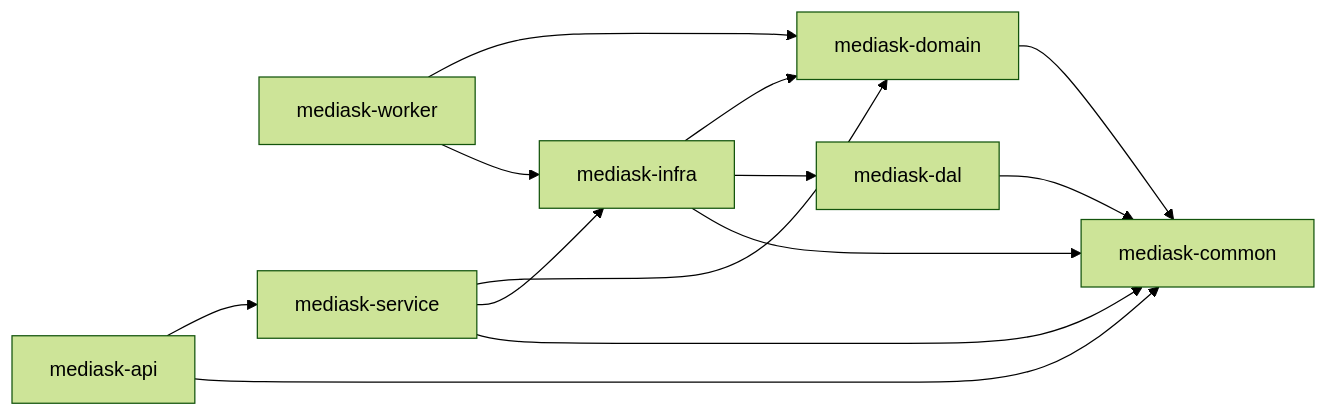
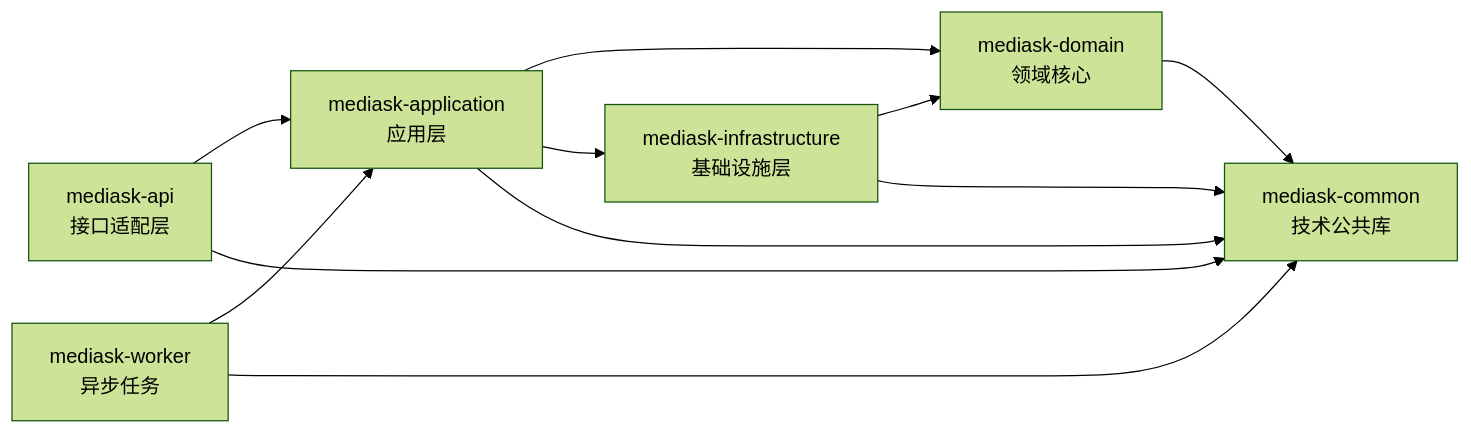
The first of 5 diagrams in docs/01-OVERVIEW.md (JianwenShaw/MediAskDocs), drawn with Mermaid (forest theme) before and after one commit. The commit also changed other lines of this file and 7 other files, not shown here.

````diff
--- a/docs/01-OVERVIEW.md
+++ b/docs/01-OVERVIEW.md
@@ -14,27 +141,24 @@
 ```mermaid
 flowchart LR
-    API[mediask-api]
-    Worker[mediask-worker]
-    Service[mediask-service]
-    Domain[mediask-domain]
-    Infra[mediask-infra]
-    DAL[mediask-dal]
-    Common[mediask-common]
+    API[mediask-api<br/>接口适配层]
+    App[mediask-application<br/>应用层]
+    Domain[mediask-domain<br/>领域核心]
+    Infra[mediask-infrastructure<br/>基础设施层]
+    Common[mediask-common<br/>技术公共库]
+    Worker[mediask-worker<br/>异步任务]
 
-    API --> Service
+    API --> App
     API --> Common
 
-    Worker --> Domain
-    Worker --> Infra
-
-    Service --> Domain
-    Service --> Infra
-    Service --> Common
+    App --> Domain
+    App --> Infra
+    App --> Common
 
     Infra --> Domain
-    Infra --> DAL
     Infra --> Common
 
+    Worker --> App
+    Worker --> Common
+
     Domain --> Common
-    DAL --> Common
 ```
````
